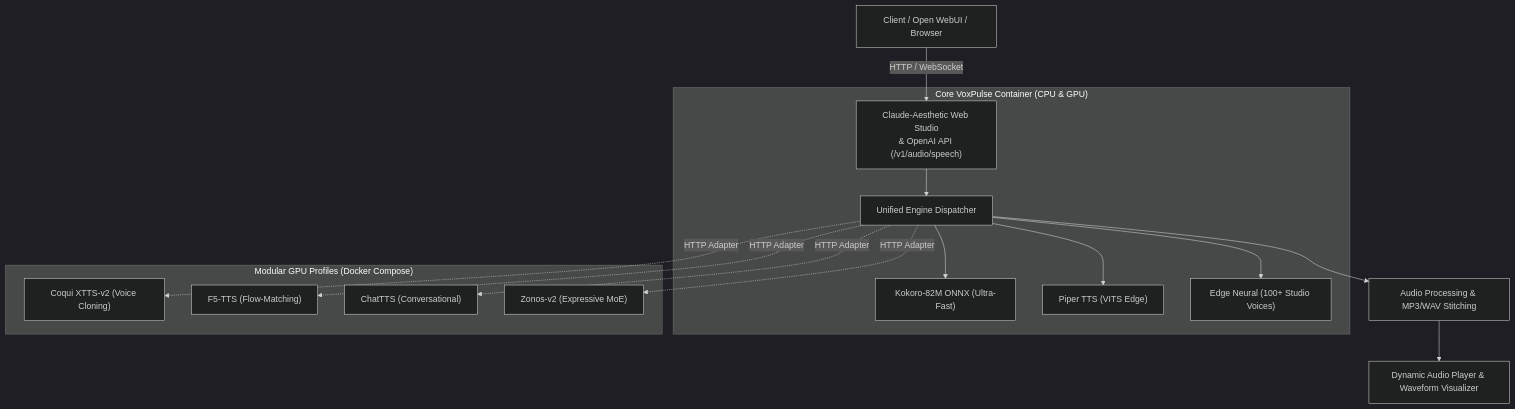
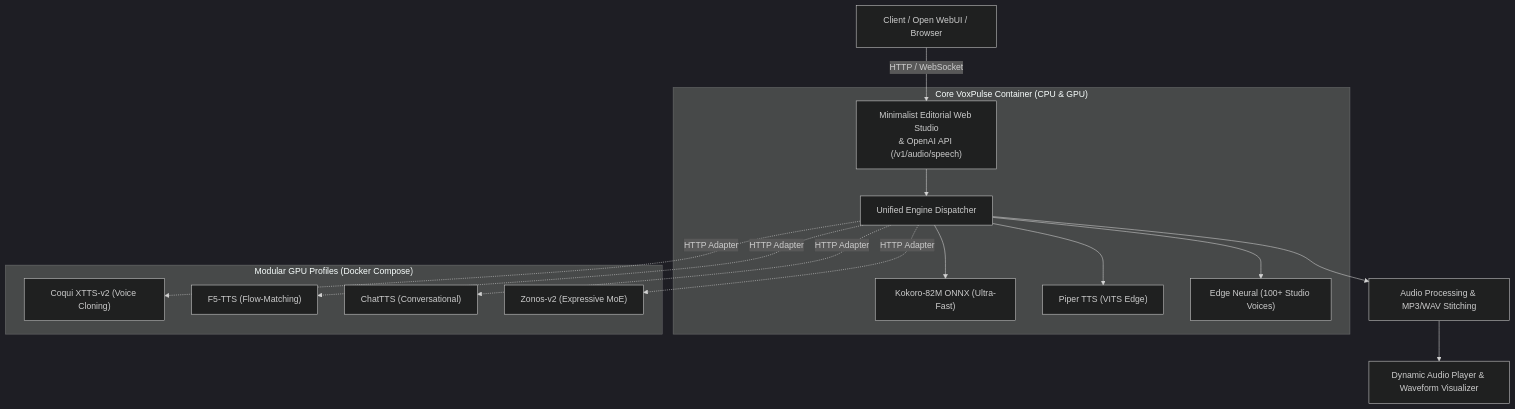
One commit to Varun-SV/voxpulse changed the diagram in README.md. Above: the diagram before and after it, drawn with Mermaid (dark theme). The commit also changed other lines of this file and 5 other files, not shown here.

````diff
--- a/README.md
+++ b/README.md
@@ -178,21 +182,21 @@
 ```mermaid
 flowchart TD
-    Client["Client / Open WebUI / Browser"] -->|"HTTP / WebSocket"| Studio["Claude-Aesthetic Web Studio\n& OpenAI API (/v1/audio/speech)"]
+    Client["Client / Open WebUI / Browser"] -->|"HTTP / WebSocket"| Studio["Minimalist Editorial Web Studio\n& OpenAI API (/v1/audio/speech)"]
     
     subgraph CoreContainer ["Core VoxPulse Container (CPU & GPU)"]
         Studio --> Router["Unified Engine Dispatcher"]
         Router --> Kokoro["Kokoro-82M ONNX (Ultra-Fast)"]
         Router --> Piper["Piper TTS (VITS Edge)"]
         Router --> Edge["Edge Neural (100+ Studio Voices)"]
     end
     
     subgraph GPUProfiles ["Modular GPU Profiles (Docker Compose)"]
         Router -.->|"HTTP Adapter"| XTTS["Coqui XTTS-v2 (Voice Cloning)"]
         Router -.->|"HTTP Adapter"| F5["F5-TTS (Flow-Matching)"]
         Router -.->|"HTTP Adapter"| Chat["ChatTTS (Conversational)"]
         Router -.->|"HTTP Adapter"| Zonos["Zonos-v2 (Expressive MoE)"]
     end
     
     Router --> AudioProc["Audio Processing & MP3/WAV Stitching"]
     AudioProc --> Output["Dynamic Audio Player & Waveform Visualizer"]
 ```
````
